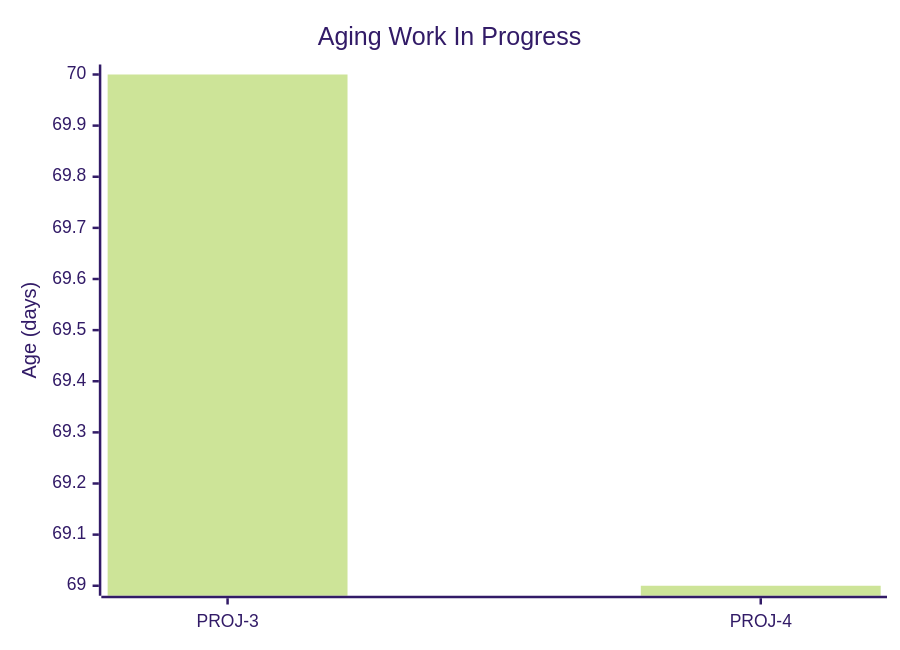
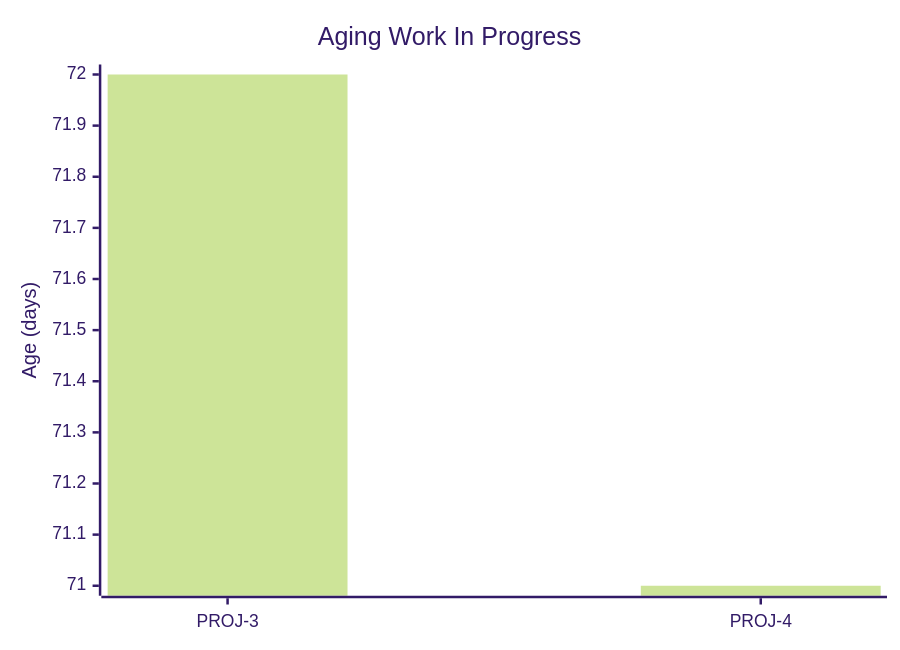
One commit to cbroult/predictability-engine changed the first of 5 diagrams in data/samples/reports/wip_data/dashboard.md. Above: the diagram before and after it, drawn with Mermaid (forest theme). The commit also changed other lines of this file and 73 other files, not shown here.

````diff
--- a/data/samples/reports/wip_data/dashboard.md
+++ b/data/samples/reports/wip_data/dashboard.md
@@ -24,7 +24,7 @@
 ```mermaid
 xychart-beta
     title "Aging Work In Progress"
     x-axis ["PROJ-3", "PROJ-4"]
     y-axis "Age (days)"
-    bar "Age" [70, 69]
+    bar "Age" [72, 71]
 ```
````
